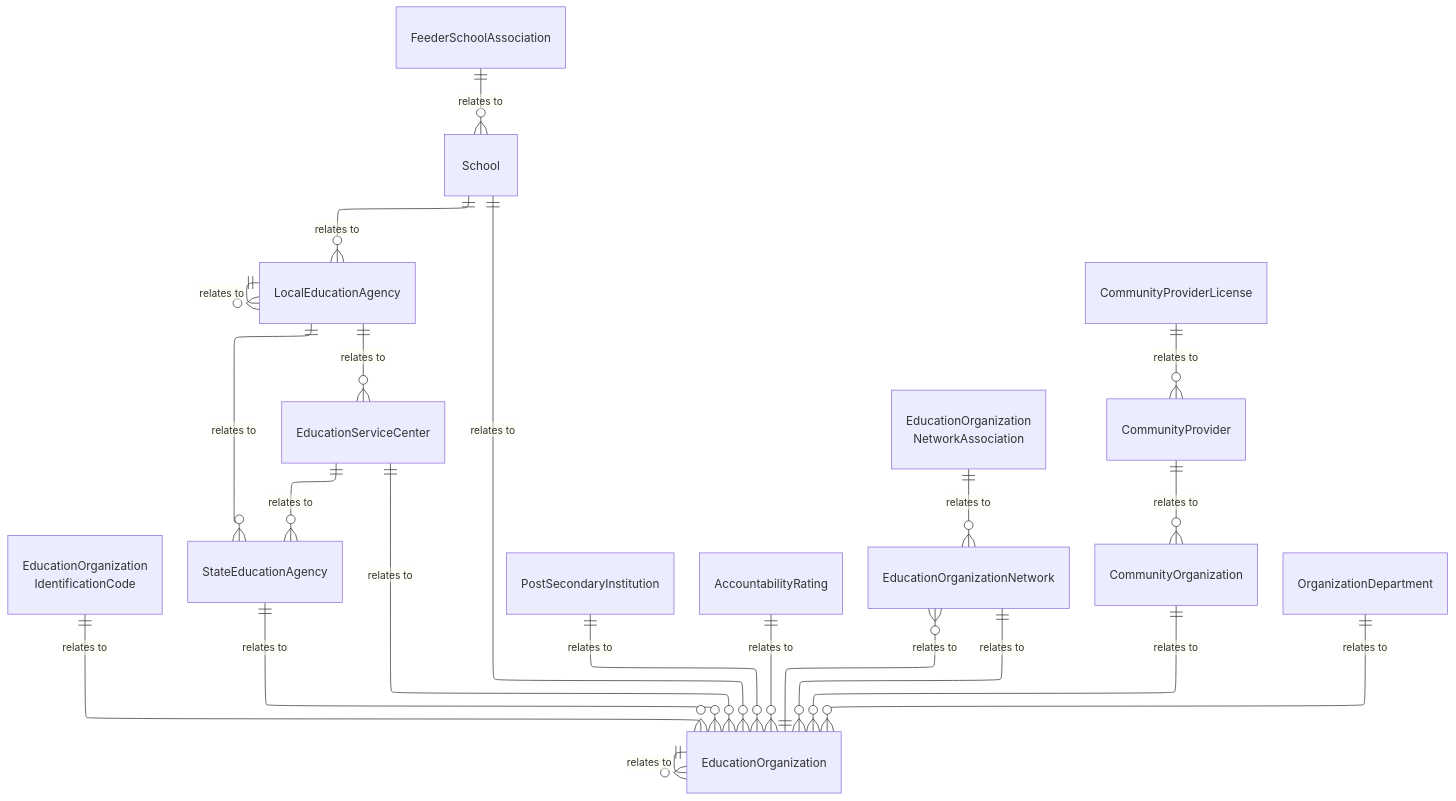
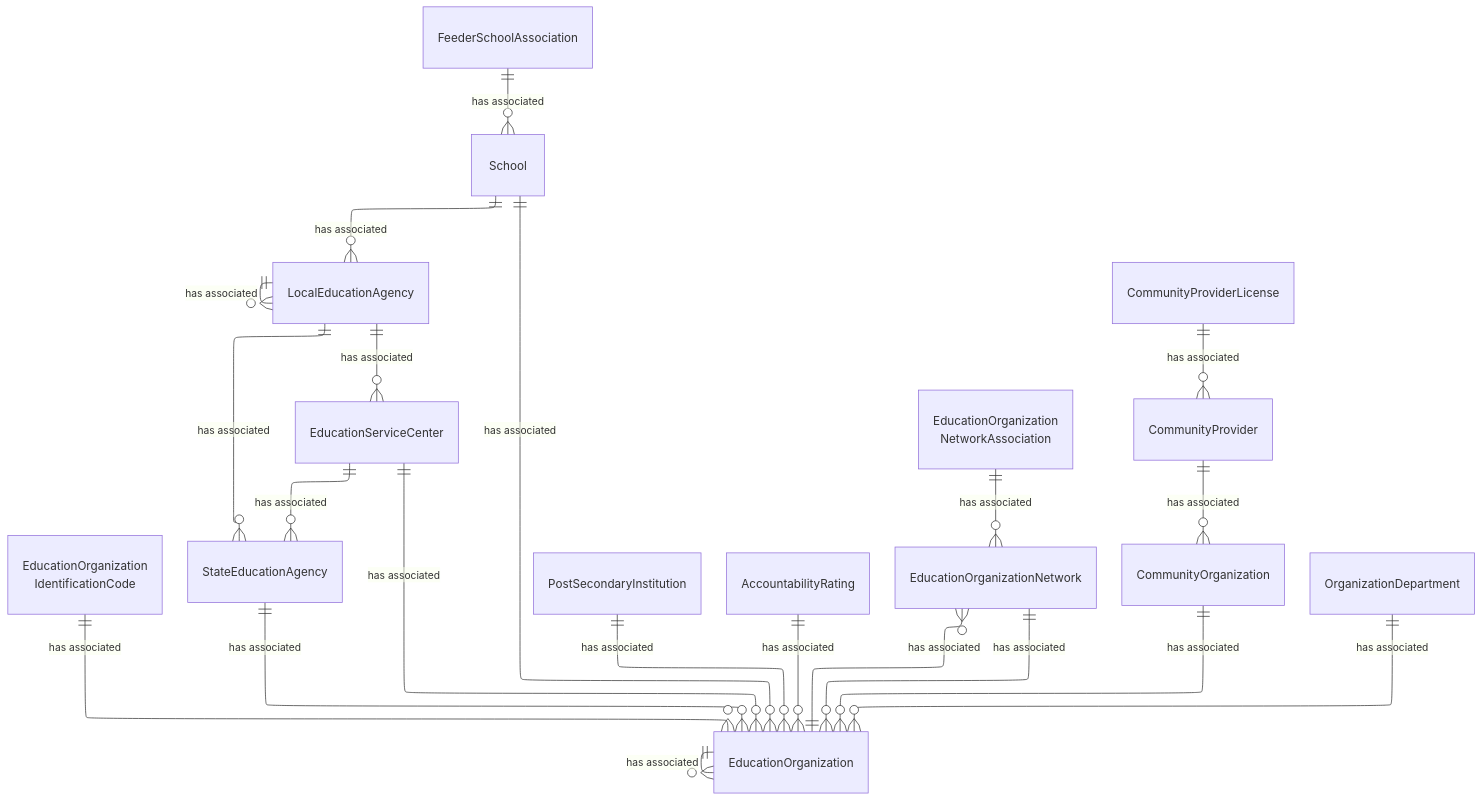
Before and after one commit to Ed-Fi-Alliance-OSS/ed-fi-alliance-oss.github.io: the diagram in dataStandard_versioned_docs/version-6/model-reference/education-organization-domain/model-diagrams.md, drawn with Mermaid. The commit also changed 24 other files, not shown here.

````diff
--- a/dataStandard_versioned_docs/version-6/model-reference/education-organization-domain/model-diagrams.md
+++ b/dataStandard_versioned_docs/version-6/model-reference/education-organization-domain/model-diagrams.md
@@ -10,57 +10,57 @@
 ```mermaid
 ---
 config:
   layout: elk
 ---
 erDiagram
     EducationOrganization {
     }
     EducationOrganizationIdentificationCode["EducationOrganization<br/>IdentificationCode"] {
     }
     StateEducationAgency {
     }
     LocalEducationAgency {
     }
     EducationServiceCenter {
     }
     School {
     }
     PostSecondaryInstitution {
     }
     AccountabilityRating {
     }
     EducationOrganizationNetwork {
     }
     EducationOrganizationNetworkAssociation["EducationOrganization<br/>NetworkAssociation"] {
     }
     FeederSchoolAssociation {
     }
     CommunityOrganization {
     }
     CommunityProvider {
     }
     CommunityProviderLicense {
     }
     OrganizationDepartment {
     }
-    StateEducationAgency ||--o{ EducationOrganization : "relates to"
-    EducationServiceCenter ||--o{ EducationOrganization : "relates to"
-    School ||--o{ EducationOrganization : "relates to"
-    PostSecondaryInstitution ||--o{ EducationOrganization : "relates to"
-    CommunityOrganization ||--o{ EducationOrganization : "relates to"
-    OrganizationDepartment ||--o{ EducationOrganization : "relates to"
-    EducationOrganization ||--o{ EducationOrganization : "relates to"
-    EducationOrganization ||--o{ EducationOrganizationNetwork : "relates to"
-    EducationOrganizationNetwork ||--o{ EducationOrganization : "relates to"
-    AccountabilityRating ||--o{ EducationOrganization : "relates to"
-    EducationOrganizationNetworkAssociation ||--o{ EducationOrganizationNetwork : "relates to"
-    School ||--o{ LocalEducationAgency : "relates to"
-    LocalEducationAgency ||--o{ EducationServiceCenter : "relates to"
-    LocalEducationAgency ||--o{ LocalEducationAgency : "relates to"
-    EducationServiceCenter ||--o{ StateEducationAgency : "relates to"
-    LocalEducationAgency ||--o{ StateEducationAgency : "relates to"
-    FeederSchoolAssociation ||--o{ School : "relates to"
-    CommunityProvider ||--o{ CommunityOrganization : "relates to"
-    CommunityProviderLicense ||--o{ CommunityProvider : "relates to"
-    EducationOrganizationIdentificationCode ||--o{ EducationOrganization : "relates to"
+    StateEducationAgency ||--o{ EducationOrganization : "has associated"
+    EducationServiceCenter ||--o{ EducationOrganization : "has associated"
+    School ||--o{ EducationOrganization : "has associated"
+    PostSecondaryInstitution ||--o{ EducationOrganization : "has associated"
+    CommunityOrganization ||--o{ EducationOrganization : "has associated"
+    OrganizationDepartment ||--o{ EducationOrganization : "has associated"
+    EducationOrganization ||--o{ EducationOrganization : "has associated"
+    EducationOrganization ||--o{ EducationOrganizationNetwork : "has associated"
+    EducationOrganizationNetwork ||--o{ EducationOrganization : "has associated"
+    AccountabilityRating ||--o{ EducationOrganization : "has associated"
+    EducationOrganizationNetworkAssociation ||--o{ EducationOrganizationNetwork : "has associated"
+    School ||--o{ LocalEducationAgency : "has associated"
+    LocalEducationAgency ||--o{ EducationServiceCenter : "has associated"
+    LocalEducationAgency ||--o{ LocalEducationAgency : "has associated"
+    EducationServiceCenter ||--o{ StateEducationAgency : "has associated"
+    LocalEducationAgency ||--o{ StateEducationAgency : "has associated"
+    FeederSchoolAssociation ||--o{ School : "has associated"
+    CommunityProvider ||--o{ CommunityOrganization : "has associated"
+    CommunityProviderLicense ||--o{ CommunityProvider : "has associated"
+    EducationOrganizationIdentificationCode ||--o{ EducationOrganization : "has associated"
 ```
````
